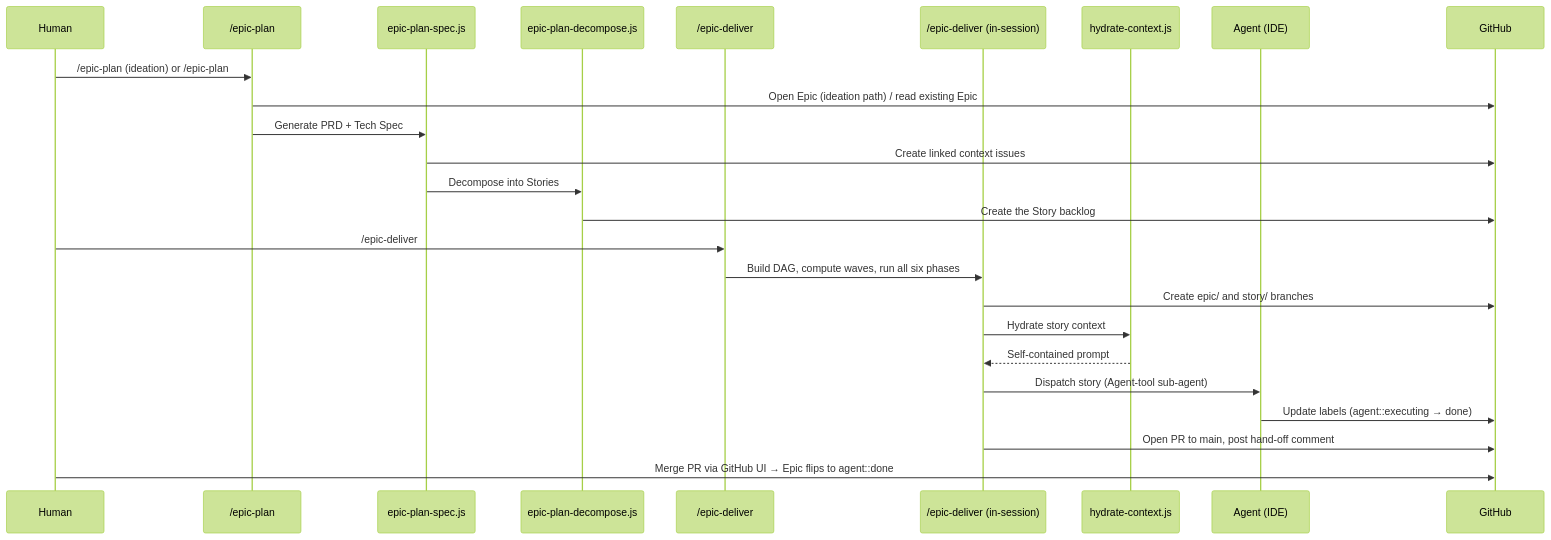
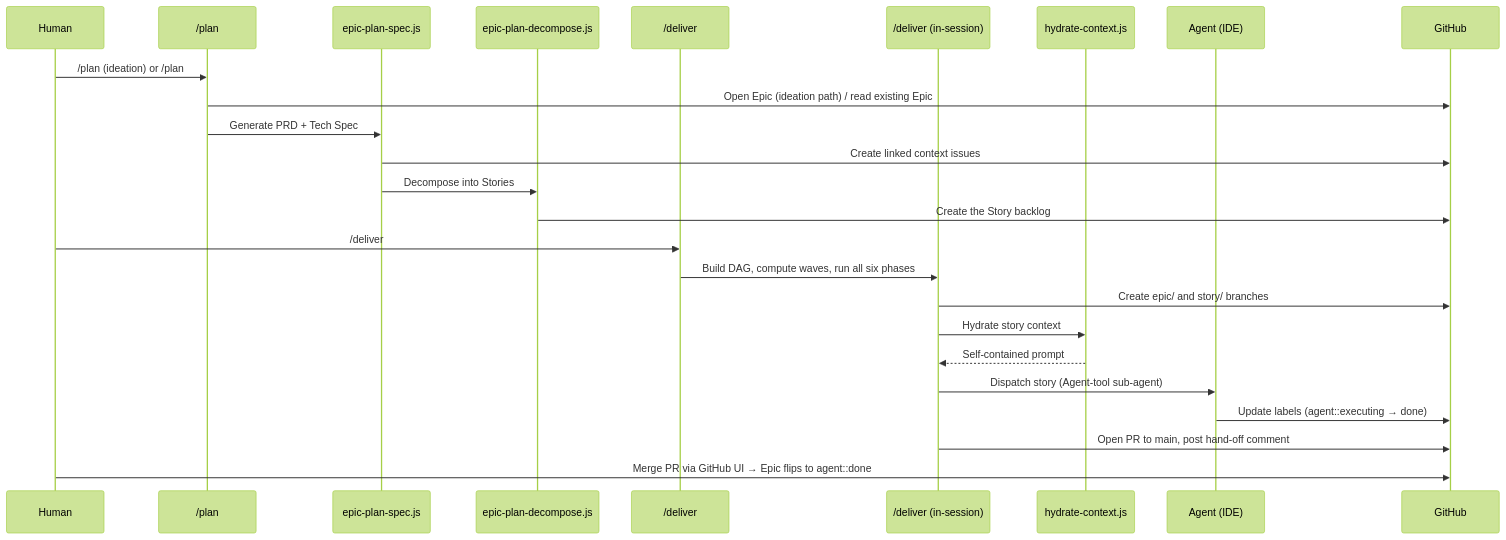
Before and after one commit to dsj1984/mandrel: the sixth of 7 diagrams in docs/architecture.md, drawn with Mermaid (forest theme). The commit also changed other lines of this file and 258 other files, not shown here.

Commit message:
feat!: retarget every cross-reference to /plan and /deliver; sync command projections (refs #4041)

````diff
--- a/docs/architecture.md
+++ b/docs/architecture.md
@@ -580,29 +580,29 @@
 ```mermaid
 sequenceDiagram
     participant H as Human
-    participant P as /epic-plan
+    participant P as /plan
     participant EP as epic-plan-spec.js
     participant TD as epic-plan-decompose.js
-    participant D as /epic-deliver
-    participant EDR as /epic-deliver (in-session)
+    participant D as /deliver
+    participant EDR as /deliver (in-session)
     participant CH as hydrate-context.js
     participant A as Agent (IDE)
     participant GH as GitHub
 
-    H->>P: /epic-plan (ideation) or /epic-plan #EPIC
+    H->>P: /plan (ideation) or /plan #EPIC
     P->>GH: Open Epic (ideation path) / read existing Epic
     P->>EP: Generate PRD + Tech Spec
     EP->>GH: Create linked context issues
     EP->>TD: Decompose into Stories
     TD->>GH: Create the Story backlog
 
-    H->>D: /epic-deliver #EPIC
+    H->>D: /deliver #EPIC
     D->>EDR: Build DAG, compute waves, run all six phases
     EDR->>GH: Create epic/ and story/ branches
     EDR->>CH: Hydrate story context
     CH-->>EDR: Self-contained prompt
     EDR->>A: Dispatch story (Agent-tool sub-agent)
     A->>GH: Update labels (agent::executing → done)
     EDR->>GH: Open PR to main, post hand-off comment
     H->>GH: Merge PR via GitHub UI → Epic flips to agent::done
 ```
````
